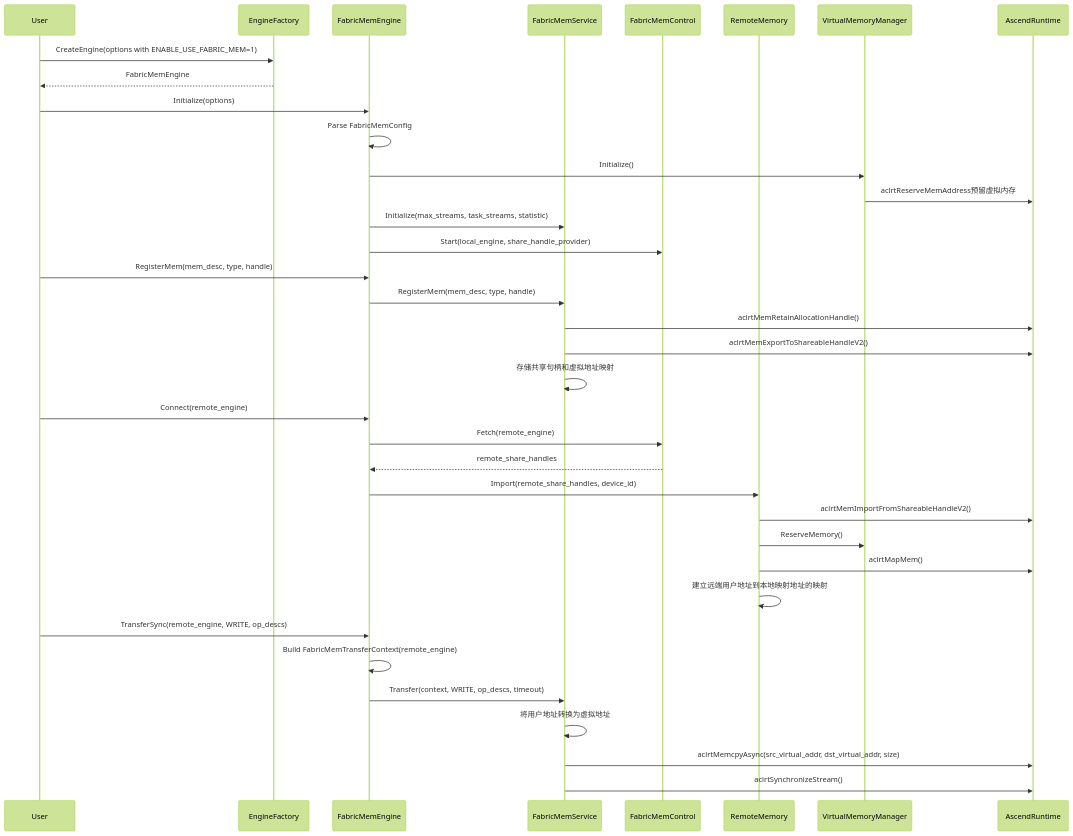
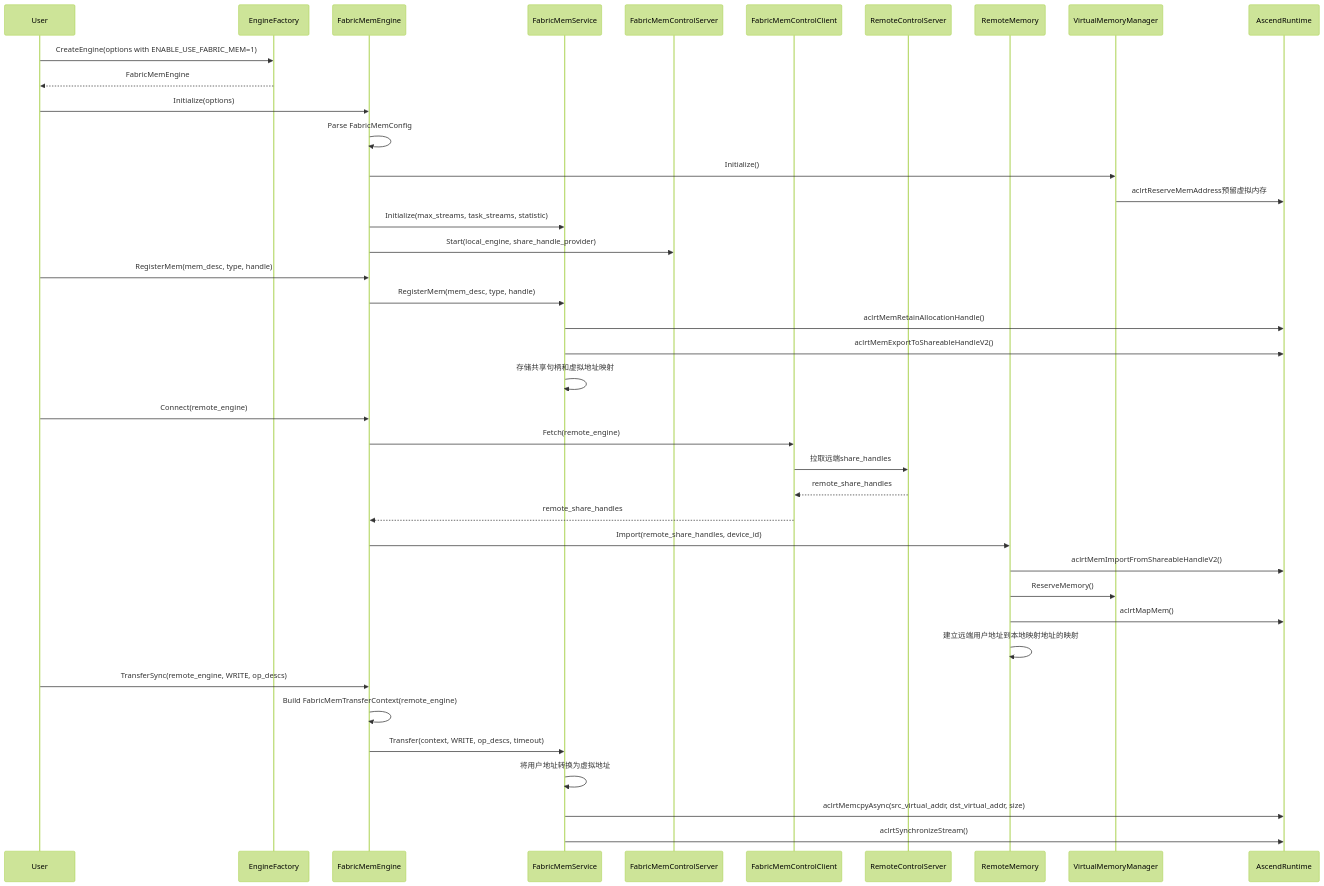
Before and after one commit to libochao-huawei/hixl: the second of 2 diagrams in docs/design/FabricMem模式设计.md, drawn with Mermaid (forest theme). The commit also changed other lines of this file and 1 other file, not shown here.

Commit message:
fix FabricMem docs

````diff
--- a/docs/design/FabricMem模式设计.md
+++ b/docs/design/FabricMem模式设计.md
@@ -118,42 +121,46 @@
 ```mermaid
 sequenceDiagram
    participant User
    participant EngineFactory
    participant FabricMemEngine
    participant FabricMemService
-   participant FabricMemControl
+   participant FabricMemControlServer
+   participant FabricMemControlClient
+   participant RemoteControlServer
    participant RemoteMemory
    participant VirtualMemoryManager
    participant AscendRuntime
 
    User->>EngineFactory: CreateEngine(options with ENABLE_USE_FABRIC_MEM=1)
    EngineFactory-->>User: FabricMemEngine
    User->>FabricMemEngine: Initialize(options)
    FabricMemEngine->>FabricMemEngine: Parse FabricMemConfig
    FabricMemEngine->>VirtualMemoryManager: Initialize()
    VirtualMemoryManager->>AscendRuntime: aclrtReserveMemAddress预留虚拟内存
    FabricMemEngine->>FabricMemService: Initialize(max_streams, task_streams, statistic)
-   FabricMemEngine->>FabricMemControl: Start(local_engine, share_handle_provider)
+   FabricMemEngine->>FabricMemControlServer: Start(local_engine, share_handle_provider)
 
    User->>FabricMemEngine: RegisterMem(mem_desc, type, handle)
    FabricMemEngine->>FabricMemService: RegisterMem(mem_desc, type, handle)
    FabricMemService->>AscendRuntime: aclrtMemRetainAllocationHandle()
    FabricMemService->>AscendRuntime: aclrtMemExportToShareableHandleV2()
    FabricMemService->>FabricMemService: 存储共享句柄和虚拟地址映射
 
    User->>FabricMemEngine: Connect(remote_engine)
-   FabricMemEngine->>FabricMemControl: Fetch(remote_engine)
-   FabricMemControl-->>FabricMemEngine: remote_share_handles
+   FabricMemEngine->>FabricMemControlClient: Fetch(remote_engine)
+   FabricMemControlClient->>RemoteControlServer: 拉取远端share_handles
+   RemoteControlServer-->>FabricMemControlClient: remote_share_handles
+   FabricMemControlClient-->>FabricMemEngine: remote_share_handles
    FabricMemEngine->>RemoteMemory: Import(remote_share_handles, device_id)
    RemoteMemory->>AscendRuntime: aclrtMemImportFromShareableHandleV2()
    RemoteMemory->>VirtualMemoryManager: ReserveMemory()
    RemoteMemory->>AscendRuntime: aclrtMapMem()
    RemoteMemory->>RemoteMemory: 建立远端用户地址到本地映射地址的映射
 
    User->>FabricMemEngine: TransferSync(remote_engine, WRITE, op_descs)
    FabricMemEngine->>FabricMemEngine: Build FabricMemTransferContext(remote_engine)
    FabricMemEngine->>FabricMemService: Transfer(context, WRITE, op_descs, timeout)
    FabricMemService->>FabricMemService: 将用户地址转换为虚拟地址
    FabricMemService->>AscendRuntime: aclrtMemcpyAsync(src_virtual_addr, dst_virtual_addr, size)
    FabricMemService->>AscendRuntime: aclrtSynchronizeStream()
 ```
````
